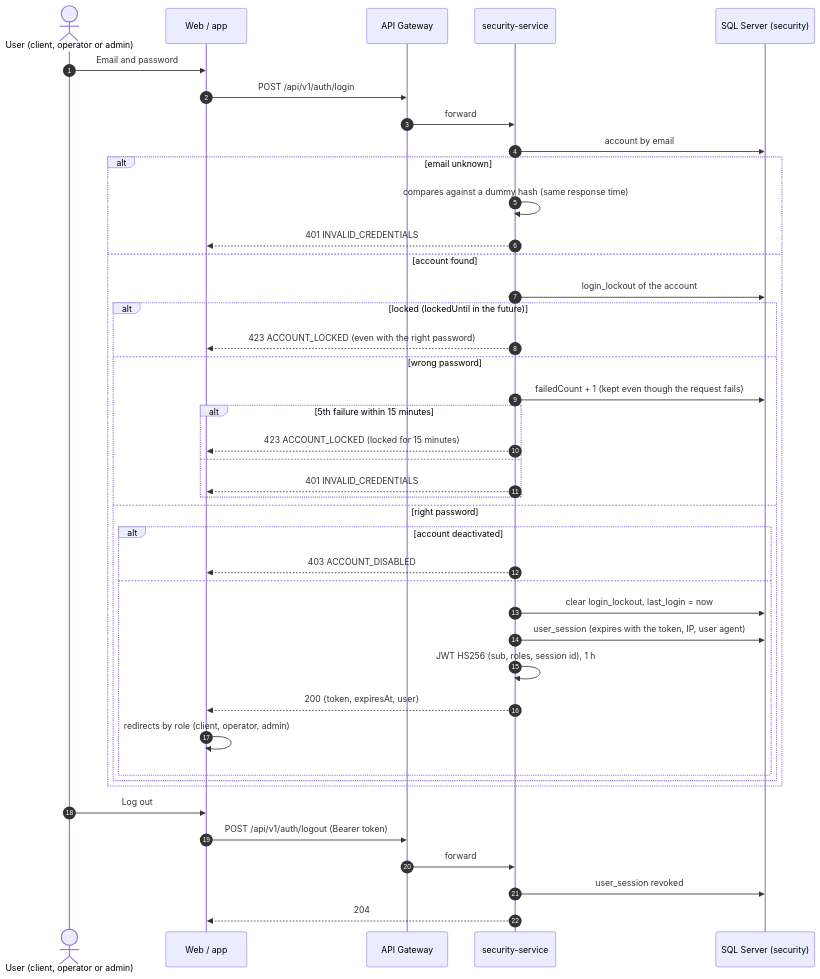
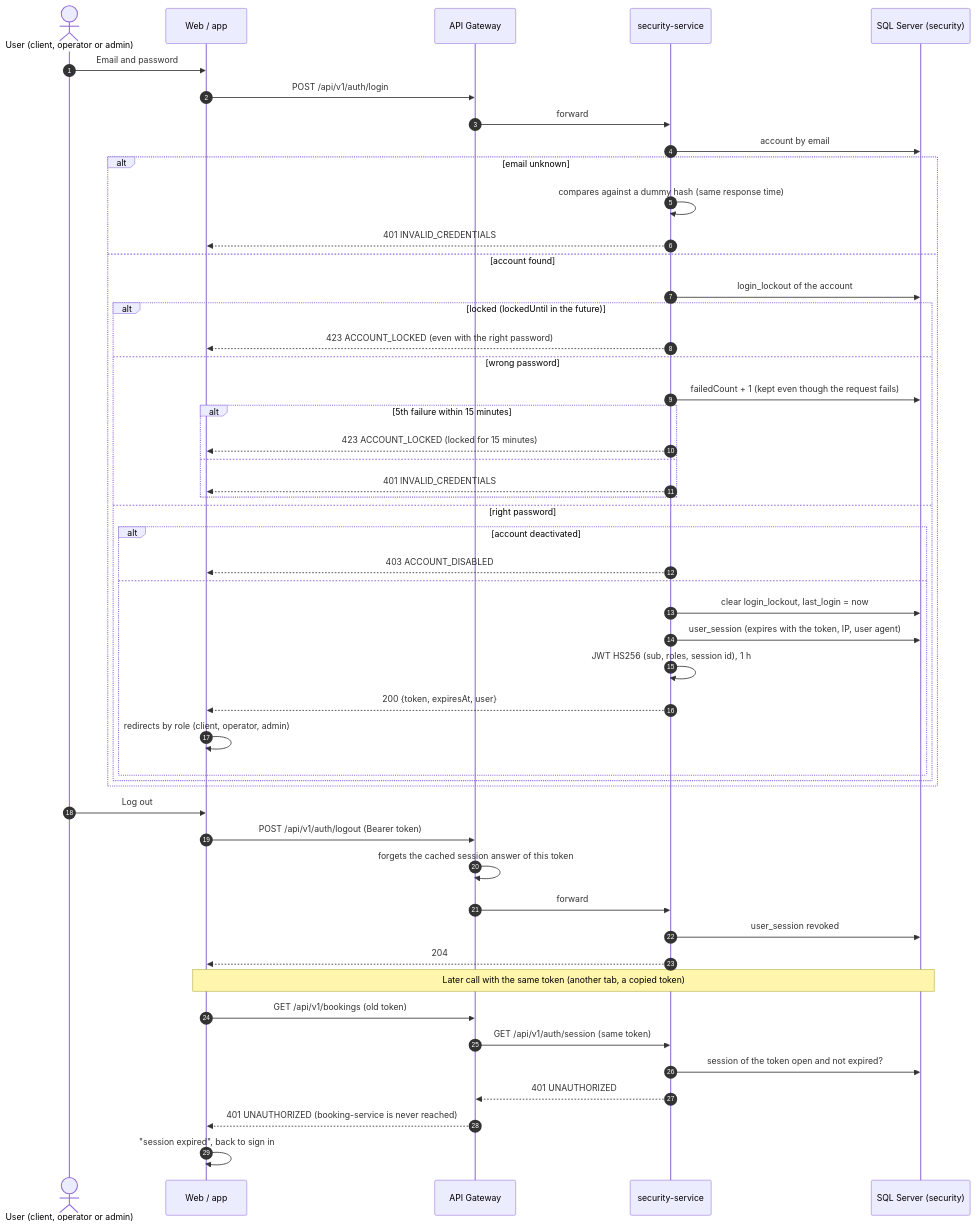
The diagram in 08-uml/diagrams/source/seq-login-lockout.md (code-sena/vehicle-w-docs), drawn with Mermaid before and after one commit. The commit also changed other lines of this file and 10 other files, not shown here.

````diff
--- a/08-uml/diagrams/source/seq-login-lockout.md
+++ b/08-uml/diagrams/source/seq-login-lockout.md
@@ -6,46 +7,55 @@
 ```mermaid
 sequenceDiagram
     autonumber
     actor U as User (client, operator or admin)
     participant W as Web / app
     participant GW as API Gateway
     participant S as security-service
     participant DB as SQL Server (security)
 
     U->>W: Email and password
     W->>GW: POST /api/v1/auth/login
     GW->>S: forward
     S->>DB: account by email
     alt email unknown
         S->>S: compares against a dummy hash (same response time)
         S-->>W: 401 INVALID_CREDENTIALS
     else account found
         S->>DB: login_lockout of the account
         alt locked (lockedUntil in the future)
             S-->>W: 423 ACCOUNT_LOCKED (even with the right password)
         else wrong password
             S->>DB: failedCount + 1 (kept even though the request fails)
             alt 5th failure within 15 minutes
                 S-->>W: 423 ACCOUNT_LOCKED (locked for 15 minutes)
             else
                 S-->>W: 401 INVALID_CREDENTIALS
             end
         else right password
             alt account deactivated
                 S-->>W: 403 ACCOUNT_DISABLED
             else
                 S->>DB: clear login_lockout, last_login = now
                 S->>DB: user_session (expires with the token, IP, user agent)
                 S->>S: JWT HS256 (sub, roles, session id), 1 h
                 S-->>W: 200 {token, expiresAt, user}
                 W->>W: redirects by role (client, operator, admin)
             end
         end
     end
 
     U->>W: Log out
     W->>GW: POST /api/v1/auth/logout (Bearer token)
+    GW->>GW: forgets the cached session answer of this token
     GW->>S: forward
     S->>DB: user_session revoked
     S-->>W: 204
+
+    Note over W,DB: Later call with the same token (another tab, a copied token)
+    W->>GW: GET /api/v1/bookings (old token)
+    GW->>S: GET /api/v1/auth/session (same token)
+    S->>DB: session of the token open and not expired?
+    S-->>GW: 401 UNAUTHORIZED
+    GW-->>W: 401 UNAUTHORIZED (booking-service is never reached)
+    W->>W: "session expired", back to sign in
 ```
````
